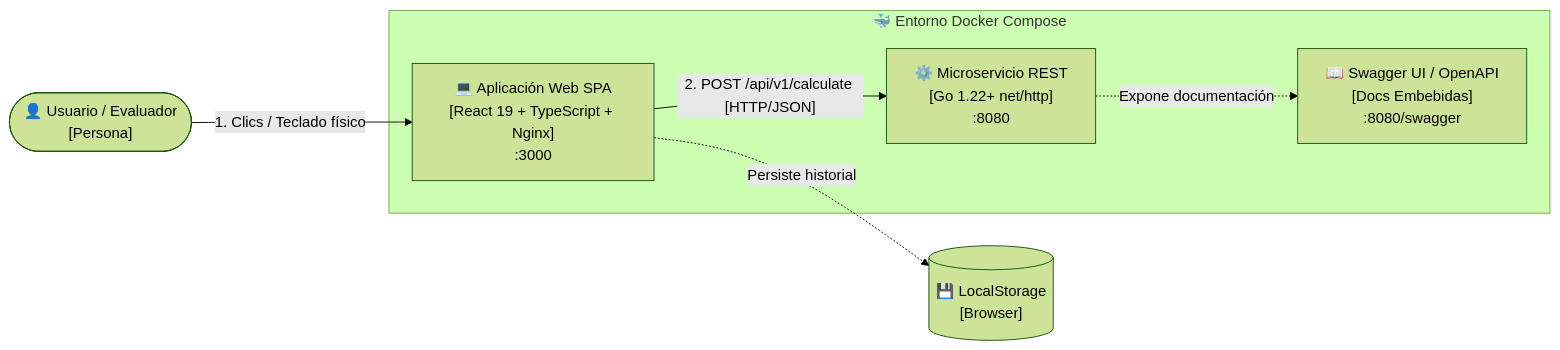
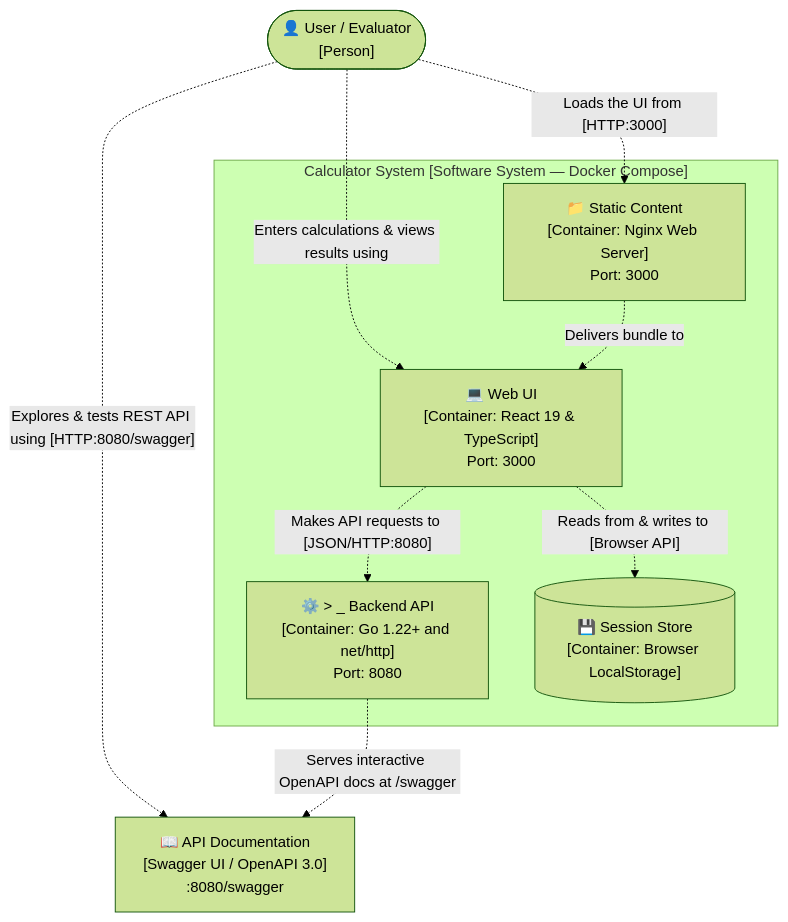
Before and after one commit to Valeriatm06/Calculator: the first of 2 diagrams in README.md, drawn with Mermaid (forest theme). The commit also changed other lines of this file and 2 other files, not shown here.

Commit message:
docs: align C4 diagrams strictly with Simon Brown style in English, white fills and pastel outline aesthetics

````diff
--- a/README.md
+++ b/README.md
@@ -42,17 +42,21 @@
 ```mermaid
-graph LR
-    User(["👤 Usuario / Evaluador<br/>[Persona]"])
+graph TD
+    User(["👤 User / Evaluator<br/>[Person]"])
     
-    subgraph DockerCompose ["🐳 Entorno Docker Compose"]
-        Frontend["💻 Aplicación Web SPA<br/>[React 19 + TypeScript + Nginx]<br/>:3000"]
-        Backend["⚙️ Microservicio REST<br/>[Go 1.22+ net/http]<br/>:8080"]
-        Swagger["📖 Swagger UI / OpenAPI<br/>[Docs Embebidas]<br/>:8080/swagger"]
+    subgraph CalculatorSystem ["Calculator System [Software System — Docker Compose]"]
+        StaticContent["📁 Static Content<br/>[Container: Nginx Web Server]<br/>Port: 3000"]
+        WebUI["💻 Web UI<br/>[Container: React 19 & TypeScript]<br/>Port: 3000"]
+        BackendAPI["⚙️ > _ Backend API<br/>[Container: Go 1.22+ and net/http]<br/>Port: 8080"]
+        SessionStore[("💾 Session Store<br/>[Container: Browser LocalStorage]")]
     end
-    
-    Storage[("💾 LocalStorage<br/>[Browser]")]
 
-    User -->|"1. Clics / Teclado físico"| Frontend
-    Frontend -->|"2. POST /api/v1/calculate [HTTP/JSON]"| Backend
-    Backend -.->|"Expone documentación"| Swagger
-    Frontend -.->|"Persiste historial"| Storage
+    Swagger["📖 API Documentation<br/>[Swagger UI / OpenAPI 3.0]<br/>:8080/swagger"]
+
+    User -.->|"Loads the UI from [HTTP:3000]"| StaticContent
+    User -.->|"Enters calculations & views results using"| WebUI
+    User -.->|"Explores & tests REST API using [HTTP:8080/swagger]"| Swagger
+    StaticContent -.->|"Delivers bundle to"| WebUI
+    WebUI -.->|"Makes API requests to [JSON/HTTP:8080]"| BackendAPI
+    WebUI -.->|"Reads from & writes to [Browser API]"| SessionStore
+    BackendAPI -.->|"Serves interactive OpenAPI docs at /swagger"| Swagger
 ```
````
